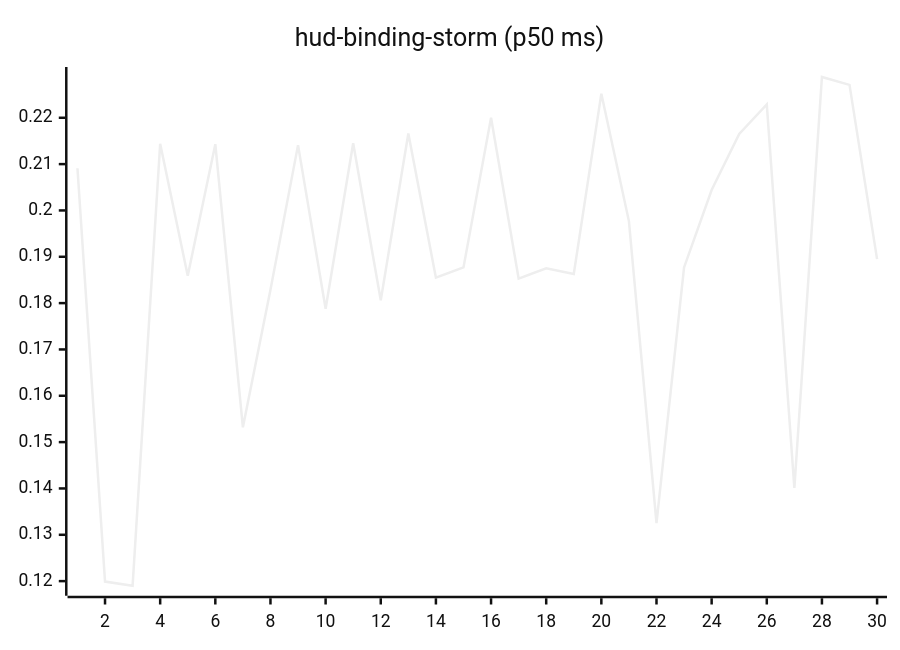
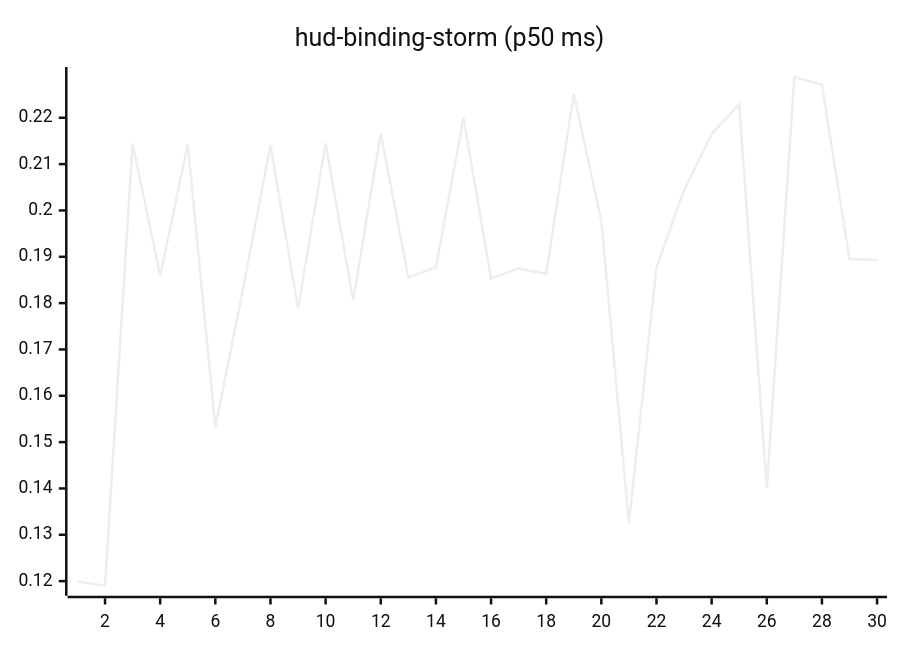
One commit to josha/Facet changed the tenth of 27 diagrams in README.md. Above: the diagram before and after it, drawn with Mermaid (neutral theme). The commit also changed other lines of this file and 2 other files, not shown here.

````diff
--- a/README.md
+++ b/README.md
@@ -126,6 +126,6 @@
 ```mermaid
 xychart-beta
     title "hud-binding-storm (p50 ms)"
     x-axis 1 --> 30
-    line [0.2091, 0.1199, 0.1190, 0.2144, 0.1859, 0.2143, 0.1532, 0.1829, 0.2141, 0.1788, 0.2145, 0.1806, 0.2166, 0.1855, 0.1877, 0.2200, 0.1853, 0.1875, 0.1863, 0.2252, 0.1977, 0.1325, 0.1877, 0.2044, 0.2165, 0.2229, 0.1401, 0.2288, 0.2271, 0.1895]
+    line [0.1199, 0.1190, 0.2144, 0.1859, 0.2143, 0.1532, 0.1829, 0.2141, 0.1788, 0.2145, 0.1806, 0.2166, 0.1855, 0.1877, 0.2200, 0.1853, 0.1875, 0.1863, 0.2252, 0.1977, 0.1325, 0.1877, 0.2044, 0.2165, 0.2229, 0.1401, 0.2288, 0.2271, 0.1895, 0.1893]
 ```
````
